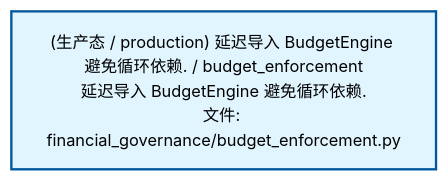
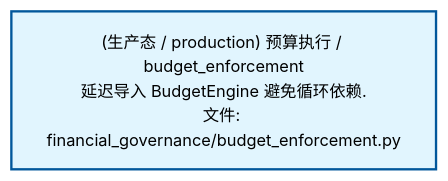
Before and after one commit to xuanFelixVan/ZephyrAlpha: the second of 3 diagrams in docs/02_enterprise_architecture/02_domain_architecture_docs/54_d_gov_repair.md, drawn with Mermaid. The commit also changed other lines of this file and 50 other files, not shown here.

````diff
--- a/docs/02_enterprise_architecture/02_domain_architecture_docs/54_d_gov_repair.md
+++ b/docs/02_enterprise_architecture/02_domain_architecture_docs/54_d_gov_repair.md
@@ -85,10 +85,10 @@
 ```mermaid
 %%{init: {'theme': 'base', 'themeVariables': {'primaryColor': '#eaeaea', 'primaryTextColor': '#333333', 'primaryBorderColor': '#666666', 'lineColor': '#666666', 'secondaryColor': '#eaeaea', 'tertiaryColor': '#eaeaea', 'fontSize': '14px'}}}%%
 flowchart TD
-    src_zephyr_governance_financial_governance_budget_enforcement_py["(生产态 / production) 延迟导入 BudgetEngine 避免循环依赖. / budget_enforcement<br/>延迟导入 BudgetEngine 避免循环依赖.<br/>文件: financial_governance/budget_enforcement.py"]
+    src_zephyr_governance_financial_governance_budget_enforcement_py["(生产态 / production) 预算执行 / budget_enforcement<br/>延迟导入 BudgetEngine 避免循环依赖.<br/>文件: financial_governance/budget_enforcement.py"]
     classDef production fill:#e1f5fe,stroke:#01579b,stroke-width:2px,color:#000
     classDef design fill:#fff3e0,stroke:#e65100,stroke-width:2px,color:#000,stroke-dasharray: 5 5
     classDef external_prod fill:#e8f4fd,stroke:#0277bd,stroke-width:1px,color:#000
     classDef external_design fill:#fff8e7,stroke:#ef6c00,stroke-width:1px,color:#000,stroke-dasharray: 5 5
     class src_zephyr_governance_financial_governance_budget_enforcement_py production
 ```
````
